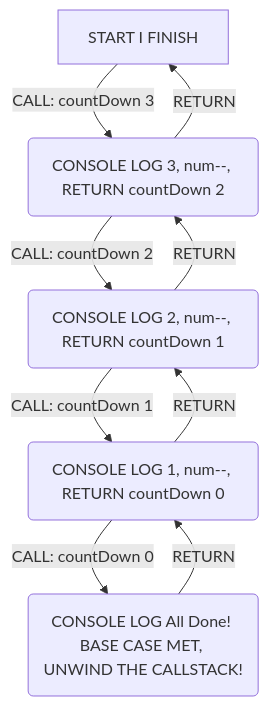
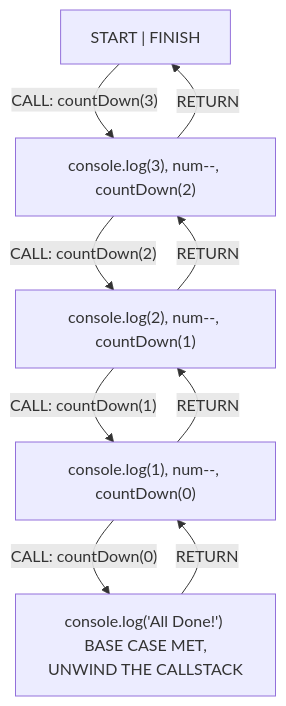
Before and after one commit to bazmurphy/dsa-challenges: the diagram in src/04-recursion/01-recursion-intro/readme.md, drawn with Mermaid. The commit also changed 5 other files, not shown here.

````diff
--- a/src/04-recursion/01-recursion-intro/readme.md
+++ b/src/04-recursion/01-recursion-intro/readme.md
@@ -68,11 +68,11 @@
 ```mermaid
 graph TD
-  A[START I FINISH] -->|CALL: countDown 3 | B(CONSOLE LOG 3, num--, RETURN countDown 2)
-  B -->|CALL: countDown 2 | C(CONSOLE LOG 2, num--, RETURN countDown 1)
-  C -->|CALL: countDown 1 | D(CONSOLE LOG 1, num--, RETURN countDown 0)
-  D -->|CALL: countDown 0 | E(CONSOLE LOG All Done! BASE CASE MET, UNWIND THE CALLSTACK!)
+  A["START | FINISH"] -->|"CALL: countDown(3)"| B["console.log(3), num--, countDown(2)"]
+  B -->|"CALL: countDown(2)"| C["console.log(2), num--, countDown(1)"]
+  C -->|"CALL: countDown(1)"| D["console.log(1), num--, countDown(0)"]
+  D -->|"CALL: countDown(0)"| E["console.log('All Done!') <br> BASE CASE MET, UNWIND THE CALLSTACK"]
   E -->|RETURN | D
   D -->|RETURN | C
   C -->|RETURN | B
   B -->|RETURN | A
 ```
````
